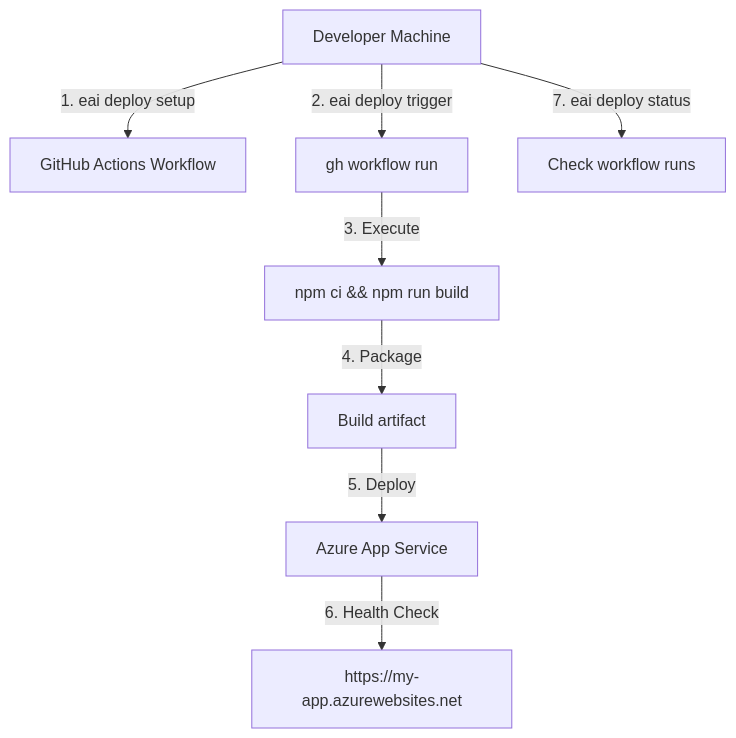
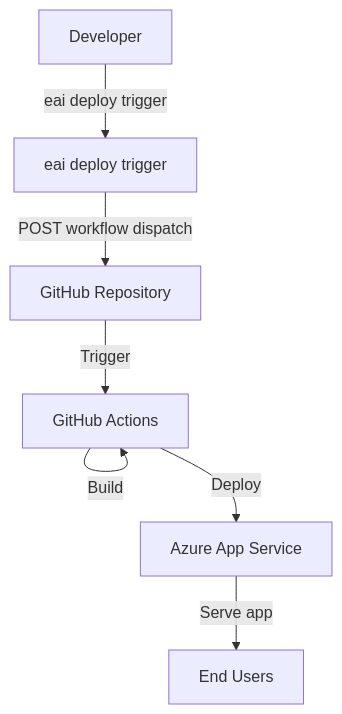
Before and after one commit to eai-support/eai: the third of 3 diagrams in .tech-docs/deployment.md, drawn with Mermaid. The commit also changed other lines of this file and 11 other files, not shown here.

````diff
--- a/.tech-docs/deployment.md
+++ b/.tech-docs/deployment.md
@@ -223,10 +225,15 @@
 ```mermaid
 flowchart TB
-    Dev[Developer Machine] -->|1. eai deploy setup| GHActions[GitHub Actions Workflow]
-    Dev -->|2. eai deploy trigger| Trigger[gh workflow run]
-    Trigger -->|3. Execute| Build[npm ci && npm run build]
-    Build -->|4. Package| Artifact[Build artifact]
-    Artifact -->|5. Deploy| AppService[Azure App Service]
-    AppService -->|6. Health Check| URL[https://my-app.azurewebsites.net]
-    Dev -->|7. eai deploy status| Status[Check workflow runs]
+    Dev[Developer]
+    CLI[eai deploy trigger]
+    GitHub[GitHub Repository]
+    Actions[GitHub Actions]
+    Azure[Azure App Service]
+    
+    Dev -->|eai deploy trigger| CLI
+    CLI -->|POST workflow dispatch| GitHub
+    GitHub -->|Trigger| Actions
+    Actions -->|Build| Actions
+    Actions -->|Deploy| Azure
+    Azure -->|Serve app| Users[End Users]
 ```
````
